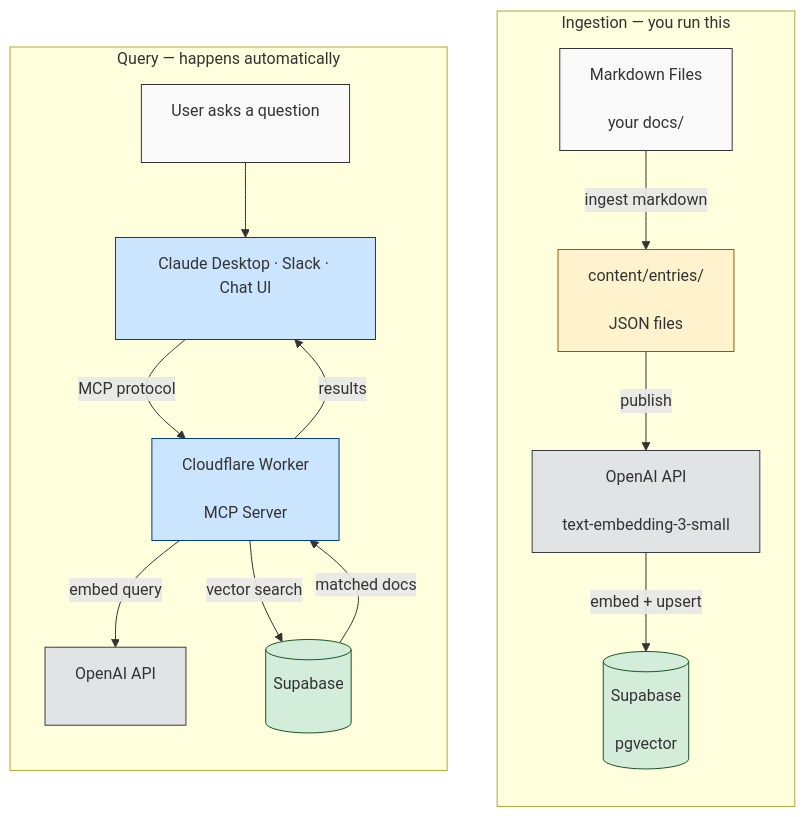
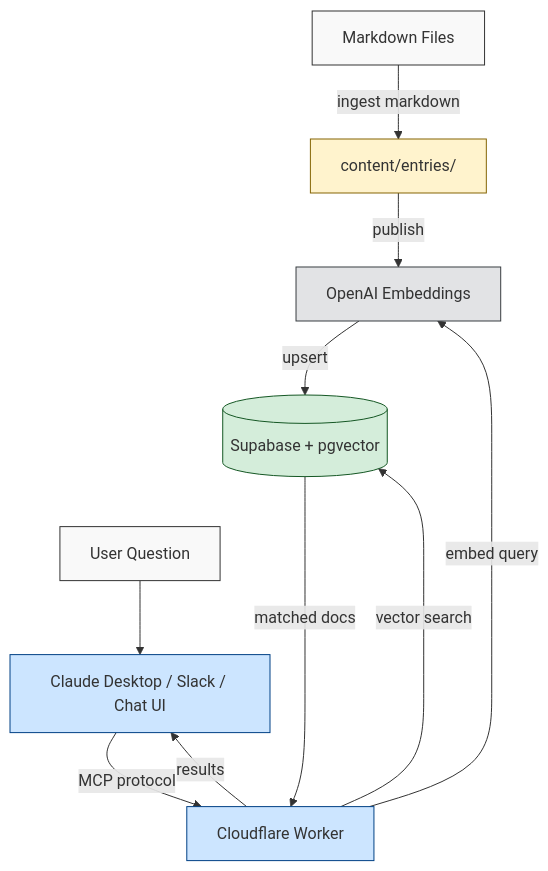
One commit to southleft/company-docs-mcp changed the diagram in README.md. Above: the diagram before and after it, drawn with Mermaid.

Commit message:
docs: simplify mermaid diagram to single vertical flow

````diff
--- a/README.md
+++ b/README.md
@@ -153,29 +153,24 @@
 ```mermaid
 flowchart TD
-    subgraph ingest [" Ingestion — you run this "]
-        direction TB
-        A["Markdown Files\n\nyour docs/"] -- ingest markdown --> B["content/entries/\n\nJSON files"]
-        B -- publish --> D["OpenAI API\n\ntext-embedding-3-small"]
-        D -- embed + upsert --> C[("Supabase\n\npgvector")]
-    end
+    A["Markdown Files"]
+    A -->|ingest markdown| B["content/entries/"]
+    B -->|publish| C["OpenAI Embeddings"]
+    C -->|upsert| D[("Supabase + pgvector")]
 
-    subgraph query [" Query — happens automatically "]
-        direction TB
-        E["User asks a question\n\n"] --> F["Claude Desktop · Slack · Chat UI\n\n"]
-        F -- MCP protocol --> G["Cloudflare Worker\n\nMCP Server"]
-        G -- embed query --> H["OpenAI API\n\n"]
-        G -- vector search --> I[("Supabase\n\n")]
-        I -- matched docs --> G
-        G -- results --> F
-    end
+    D ~~~ E
 
-    style A fill:#f9f9f9,stroke:#333
-    style B fill:#fff3cd,stroke:#856404
-    style C fill:#d4edda,stroke:#155724
-    style D fill:#e2e3e5,stroke:#383d41
-    style E fill:#f9f9f9,stroke:#333
-    style F fill:#cce5ff,stroke:#004085
-    style G fill:#cce5ff,stroke:#004085
-    style H fill:#e2e3e5,stroke:#383d41
-    style I fill:#d4edda,stroke:#155724
+    E["User Question"] --> F["Claude Desktop / Slack / Chat UI"]
+    F -->|MCP protocol| G["Cloudflare Worker"]
+    G -->|embed query| C
+    G -->|vector search| D
+    D -->|matched docs| G
+    G -->|results| F
+
+    style A fill:#f9f9f9,stroke:#333,color:#333
+    style B fill:#fff3cd,stroke:#856404,color:#333
+    style C fill:#e2e3e5,stroke:#383d41,color:#333
+    style D fill:#d4edda,stroke:#155724,color:#333
+    style E fill:#f9f9f9,stroke:#333,color:#333
+    style F fill:#cce5ff,stroke:#004085,color:#333
+    style G fill:#cce5ff,stroke:#004085,color:#333
 ```
````
